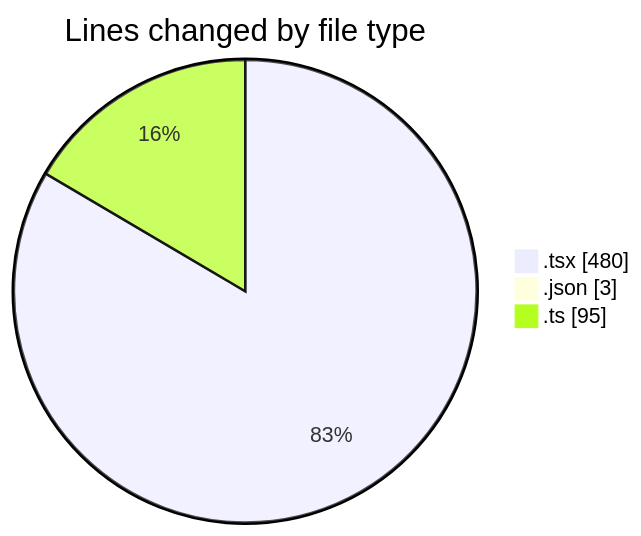
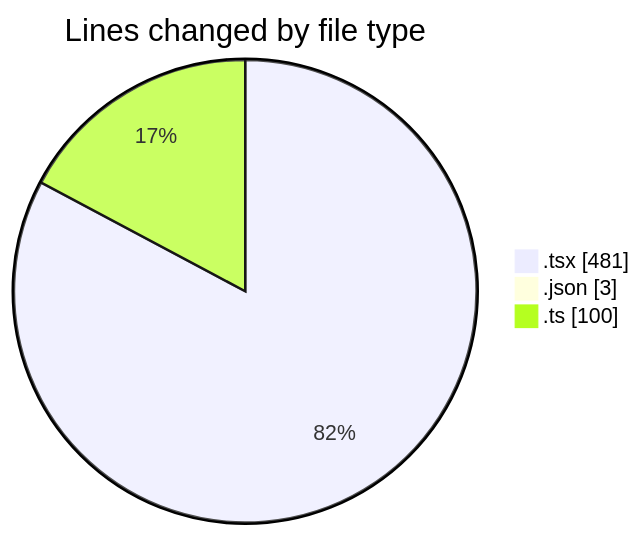
One commit to robertbonfada/code-tracking changed the first of 2 diagrams in 2025-01-21/mbc-web/README.md. Above: the diagram before and after it, drawn with Mermaid. The commit also changed other lines of this file and 1 other file, not shown here.

````diff
--- a/2025-01-21/mbc-web/README.md
+++ b/2025-01-21/mbc-web/README.md
@@ -36,7 +36,7 @@
 ```mermaid
 pie showData
 title Lines changed by file type
-".tsx" : 480
+".tsx" : 481
 ".json" : 3
-".ts" : 95
+".ts" : 100
 ```
````
